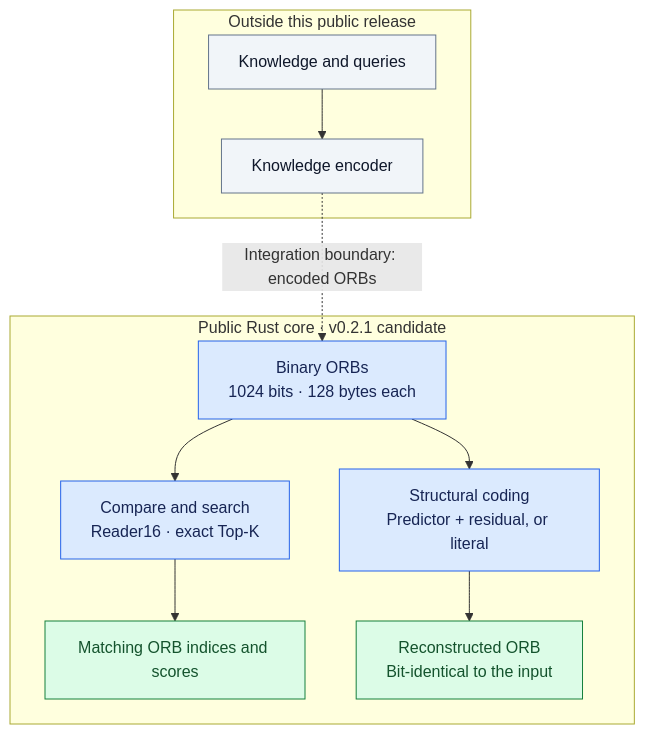
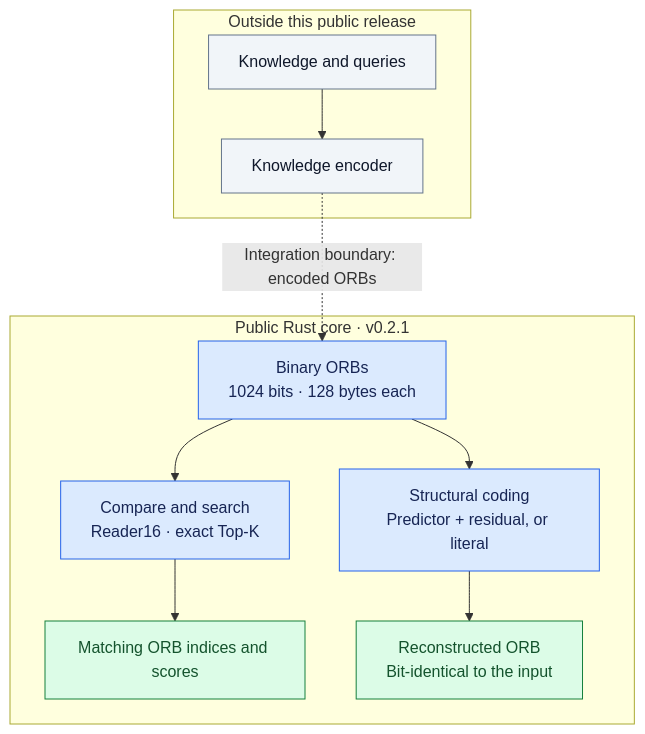
One commit to gelramlicensing-wq/gel-ram changed the second of 2 diagrams in README.md. Above: the diagram before and after it, drawn with Mermaid. The commit also changed other lines of this file and 6 other files, not shown here.

````diff
--- a/README.md
+++ b/README.md
@@ -34,23 +67,23 @@
 ```mermaid
 flowchart TB
     subgraph external["Outside this public release"]
         knowledge["Knowledge and queries"] --> encoder["Knowledge encoder"]
     end
 
     encoder -. "Integration boundary: encoded ORBs" .-> orbs
 
-    subgraph core["Public Rust core · v0.2.1 candidate"]
+    subgraph core["Public Rust core · v0.2.1"]
         orbs["Binary ORBs<br/>1024 bits · 128 bytes each"]
         orbs --> readers["Compare and search<br/>Reader16 · exact Top-K"]
         readers --> matches["Matching ORB indices and scores"]
         orbs --> structural["Structural coding<br/>Predictor + residual, or literal"]
         structural --> restored["Reconstructed ORB<br/>Bit-identical to the input"]
     end
 
     classDef outside fill:#f1f5f9,stroke:#64748b,color:#0f172a;
     classDef binary fill:#dbeafe,stroke:#2563eb,color:#172554;
     classDef result fill:#dcfce7,stroke:#15803d,color:#14532d;
     class knowledge,encoder outside;
     class orbs,readers,structural binary;
     class matches,restored result;
 ```
````
